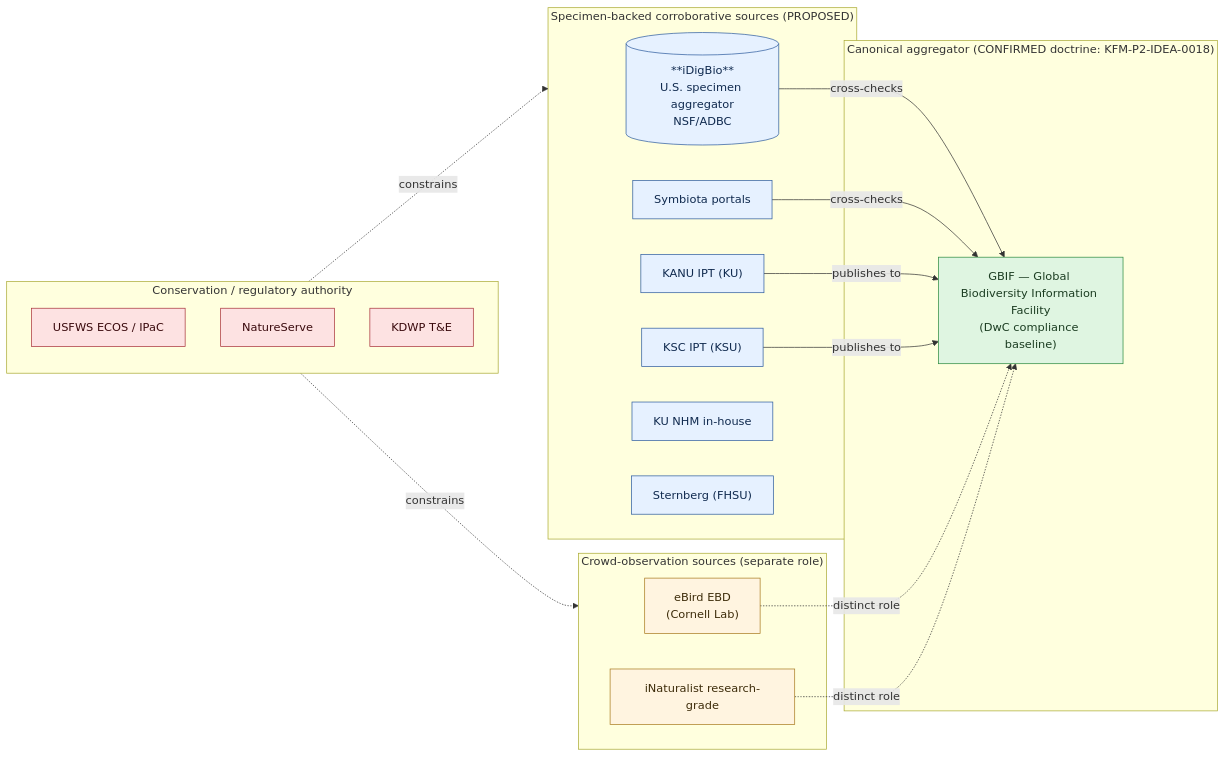
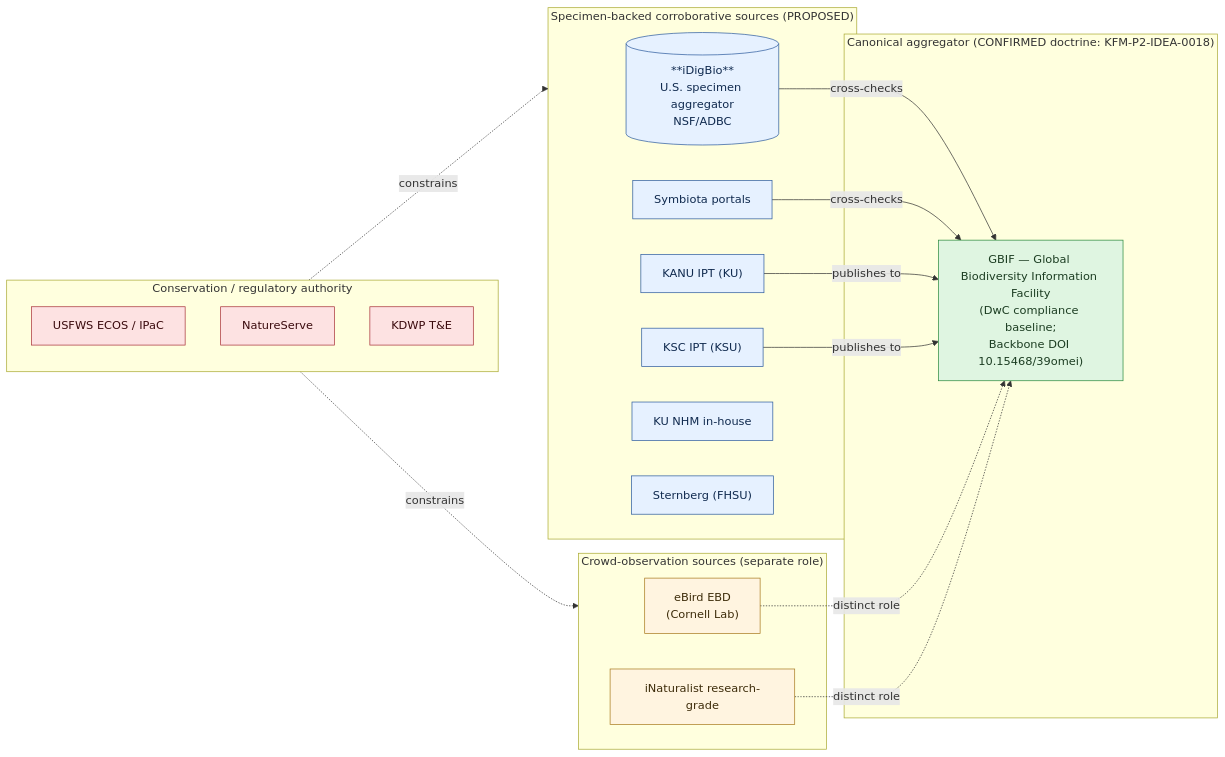
The first of 2 diagrams in docs/sources/catalog/idigbio/README.md (bartytime4life/Kansas-Frontier-Matrix), drawn with Mermaid before and after one commit. The commit also changed other lines of this file, not shown here.

````diff
--- a/docs/sources/catalog/idigbio/README.md
+++ b/docs/sources/catalog/idigbio/README.md
@@ -129,44 +148,44 @@
 ```mermaid
 flowchart LR
   subgraph CANONICAL_AGGREGATOR["Canonical aggregator (CONFIRMED doctrine: KFM-P2-IDEA-0018)"]
-    GBIF["GBIF — Global Biodiversity Information Facility<br/>(DwC compliance baseline)"]
+    GBIF["GBIF — Global Biodiversity Information Facility<br/>(DwC compliance baseline;<br/>Backbone DOI 10.15468/39omei)"]
   end
 
   subgraph SPECIMEN_BACKED["Specimen-backed corroborative sources (PROPOSED)"]
     IDIGBIO[("**iDigBio**<br/>U.S. specimen aggregator<br/>NSF/ADBC")]
     SYMBIOTA["Symbiota portals"]
     KANU["KANU IPT (KU)"]
     KSC["KSC IPT (KSU)"]
     KUNHM["KU NHM in-house"]
     STERN["Sternberg (FHSU)"]
   end
 
   subgraph CROWD["Crowd-observation sources (separate role)"]
     EBIRD["eBird EBD<br/>(Cornell Lab)"]
     INAT["iNaturalist research-grade"]
   end
 
   subgraph AUTHORITY["Conservation / regulatory authority"]
     USFWS["USFWS ECOS / IPaC"]
     NATSERV["NatureServe"]
     KDWP["KDWP T&E"]
   end
 
   IDIGBIO -->|cross-checks| GBIF
   SYMBIOTA -->|cross-checks| GBIF
   KANU -->|publishes to| GBIF
   KSC -->|publishes to| GBIF
   EBIRD -.distinct role.-> GBIF
   INAT -.distinct role.-> GBIF
   AUTHORITY -.constrains.-> SPECIMEN_BACKED
   AUTHORITY -.constrains.-> CROWD
 
   classDef canon fill:#dff5e1,stroke:#2a8a3e,color:#1c3d22
   classDef spec fill:#e6f1ff,stroke:#2c5b9e,color:#102a4f
   classDef crowd fill:#fff4e0,stroke:#a87a1f,color:#3d2c0a
   classDef auth fill:#fde2e2,stroke:#a8323a,color:#3a0a0d
   class GBIF canon
   class IDIGBIO,SYMBIOTA,KANU,KSC,KUNHM,STERN spec
   class EBIRD,INAT crowd
   class USFWS,NATSERV,KDWP auth
 ```
````
